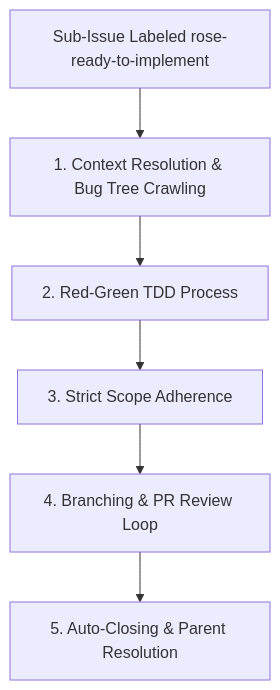
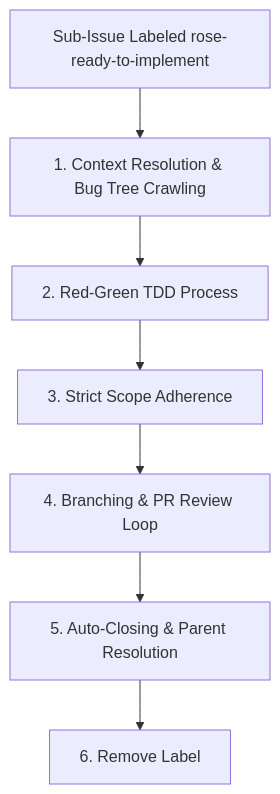
Before and after one commit to brotherlogic/rose: the diagram in .agent/workflows/seraphine-ready-to-implement.md, drawn with Mermaid. The commit also changed other lines of this file and 5 other files, not shown here.

````diff
--- a/.agent/workflows/seraphine-ready-to-implement.md
+++ b/.agent/workflows/seraphine-ready-to-implement.md
@@ -7,8 +7,9 @@
 ```mermaid
 graph TD
     A[Sub-Issue Labeled rose-ready-to-implement] --> B[1. Context Resolution & Bug Tree Crawling]
     B --> C[2. Red-Green TDD Process]
     C --> D[3. Strict Scope Adherence]
     D --> E[4. Branching & PR Review Loop]
     E --> F[5. Auto-Closing & Parent Resolution]
+    F --> G[6. Remove Label]
 ```
````
